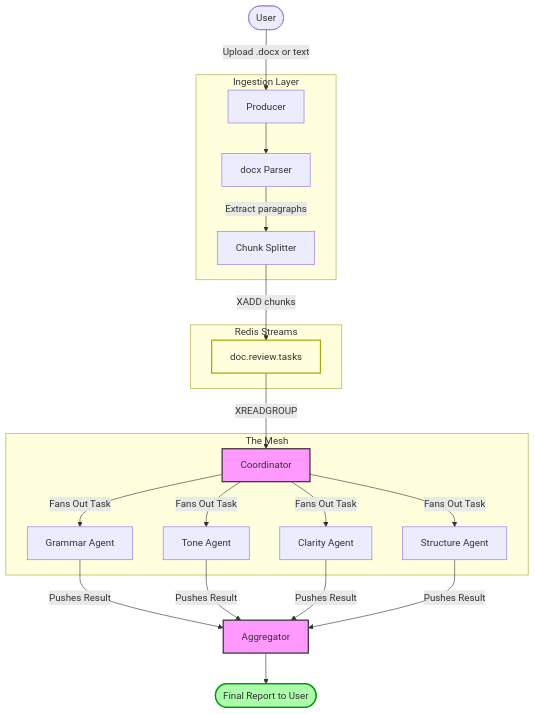
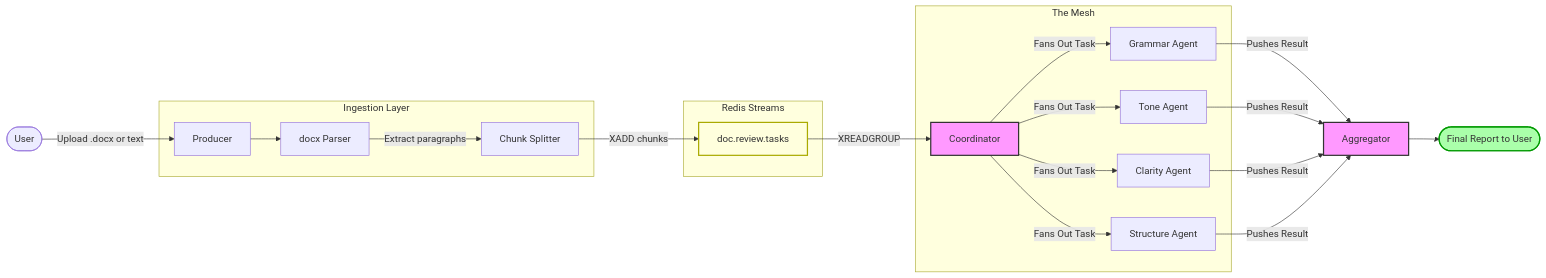
One commit to mehdi-mirzapour/agentic-mesh-tutorial changed the first of 2 diagrams in README.md. Above: the diagram before and after it, drawn with Mermaid.

Commit message:
docs: set main pipeline diagram to flow horizontally (LR) to save vertical space

````diff
--- a/README.md
+++ b/README.md
@@ -26,45 +26,45 @@
 ```mermaid
-graph TD
+graph LR
     User([User])
 
     subgraph sg_ingest [Ingestion Layer]
         Prod[Producer]
         Parse[docx Parser]
         Split[Chunk Splitter]
     end
 
     subgraph sg_redis [Redis Streams]
         RS[doc.review.tasks]
     end
 
     subgraph sg_mesh [The Mesh]
         C[Coordinator]
         G[Grammar Agent]
         T[Tone Agent]
         Cl[Clarity Agent]
         S[Structure Agent]
     end
 
     A[Aggregator]
     Out([Final Report to User])
 
     User -->|Upload .docx or text| Prod
     Prod --> Parse
     Parse -->|Extract paragraphs| Split
     Split -->|XADD chunks| RS
     RS -->|XREADGROUP| C
     C -->|Fans Out Task| G
     C -->|Fans Out Task| T
     C -->|Fans Out Task| Cl
     C -->|Fans Out Task| S
     G -->|Pushes Result| A
     T -->|Pushes Result| A
     Cl -->|Pushes Result| A
     S -->|Pushes Result| A
     A --> Out
 
     style C fill:#f9f,stroke:#333,stroke-width:2px
     style A fill:#f9f,stroke:#333,stroke-width:2px
     style RS fill:#ffd,stroke:#aa0,stroke-width:2px
     style Out fill:#afa,stroke:#090,stroke-width:2px
 ```
````
